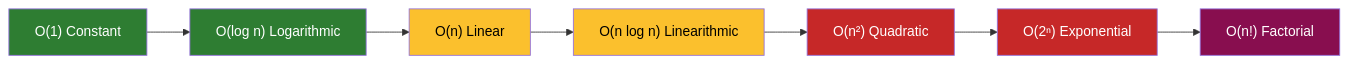
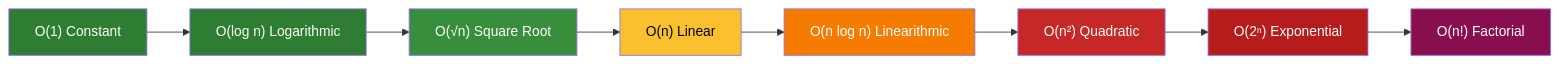
One commit to Amie-dev/engineering-playbook changed the third of 5 diagrams in js-dsa/01-big-o-notation.md. Above: the diagram before and after it, drawn with Mermaid. The commit also changed other lines of this file and 24 other files, not shown here.

````diff
--- a/js-dsa/01-big-o-notation.md
+++ b/js-dsa/01-big-o-notation.md
@@ -28,17 +50,19 @@
 ```mermaid
 graph LR
     O1["O(1) Constant"] --> OLogN["O(log n) Logarithmic"]
-    OLogN --> ON["O(n) Linear"]
+    OLogN --> OSqrtN["O(√n) Square Root"]
+    OSqrtN --> ON["O(n) Linear"]
     ON --> ONLogN["O(n log n) Linearithmic"]
     ONLogN --> ON2["O(n²) Quadratic"]
     ON2 --> O2N["O(2ⁿ) Exponential"]
     O2N --> ONFact["O(n!) Factorial"]
 
     style O1 fill:#2e7d32,color:#fff
     style OLogN fill:#2e7d32,color:#fff
+    style OSqrtN fill:#388e3c,color:#fff
     style ON fill:#fbc02d,color:#000
-    style ONLogN fill:#fbc02d,color:#000
+    style ONLogN fill:#f57c00,color:#fff
     style ON2 fill:#c62828,color:#fff
-    style O2N fill:#c62828,color:#fff
+    style O2N fill:#b71c1c,color:#fff
     style ONFact fill:#880e4f,color:#fff
 ```
````
